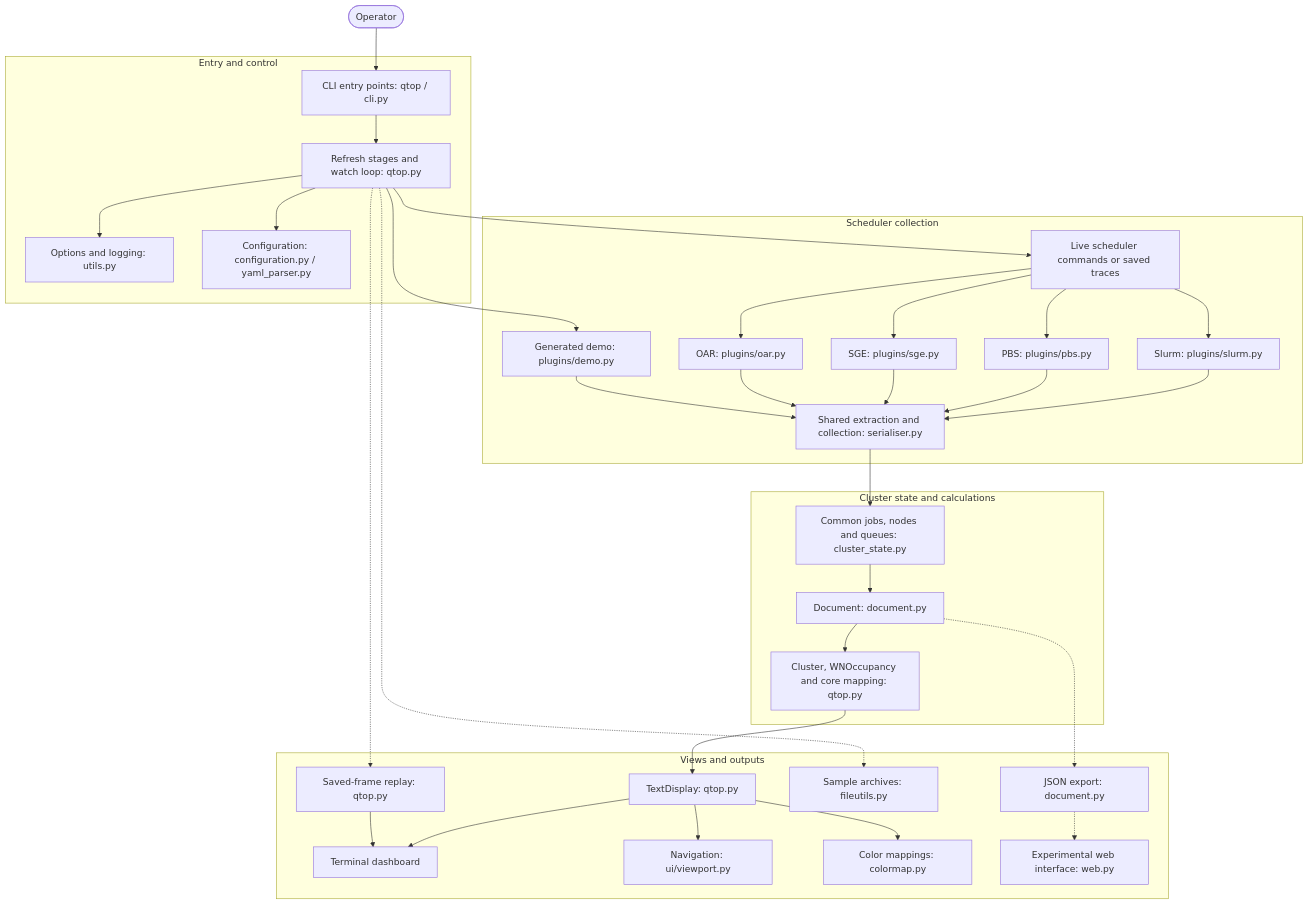
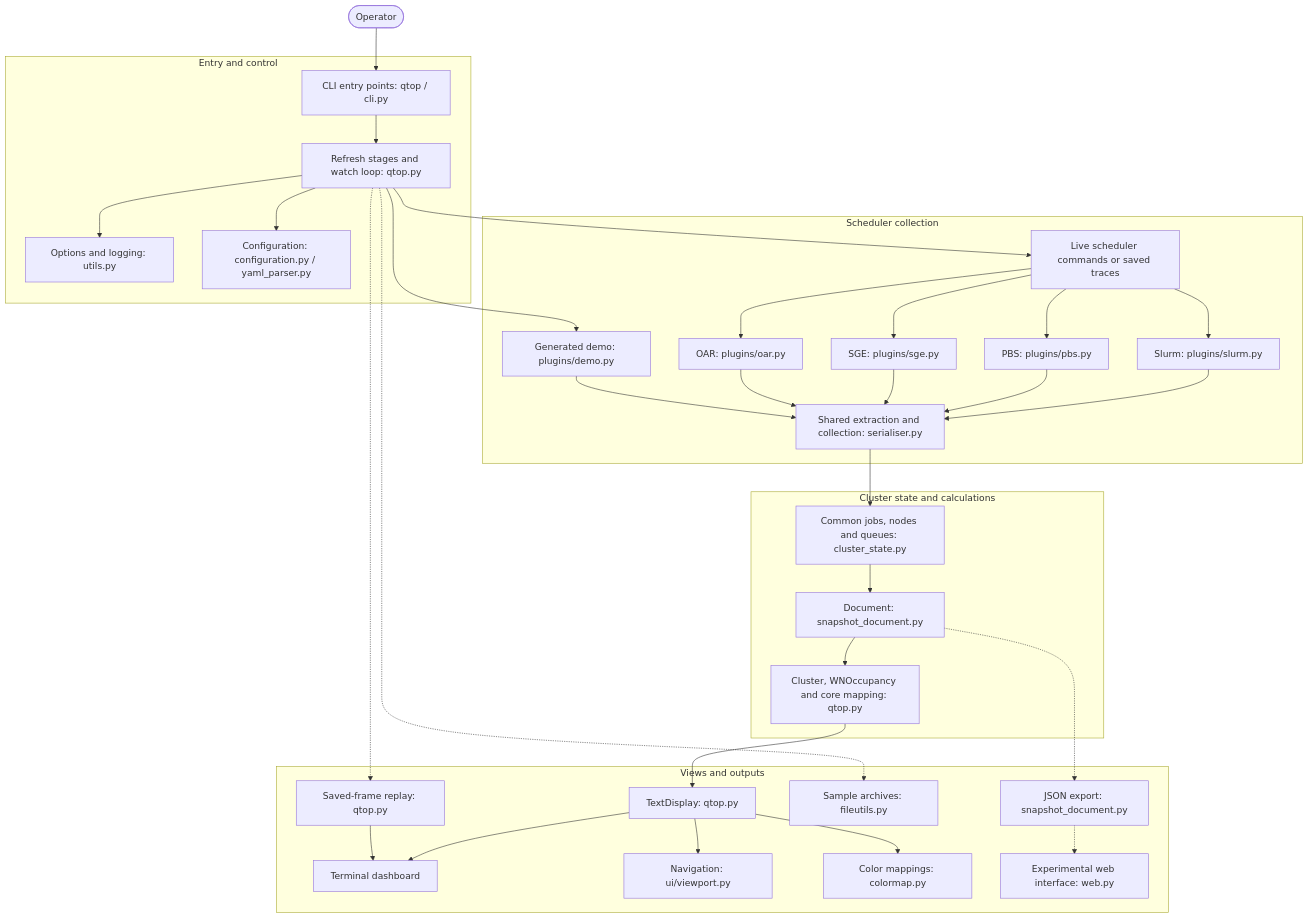
The diagram in docs/architecture.md (qtop/qtop), drawn with Mermaid before and after one commit. The commit also changed other lines of this file and 11 other files, not shown here.

````diff
--- a/docs/architecture.md
+++ b/docs/architecture.md
@@ -16,65 +16,65 @@
 ```mermaid
 flowchart TB
     operator([Operator])
 
     subgraph entry["Entry and control"]
         cli["CLI entry points: qtop / cli.py"]
         runtime["Refresh stages and watch loop: qtop.py"]
         options["Options and logging: utils.py"]
         config["Configuration: configuration.py / yaml_parser.py"]
         cli --> runtime
         runtime --> options
         runtime --> config
     end
     operator --> cli
 
     subgraph collection["Scheduler collection"]
         files["Live scheduler commands or saved traces"]
         slurm["Slurm: plugins/slurm.py"]
         pbs["PBS: plugins/pbs.py"]
         sge["SGE: plugins/sge.py"]
         oar["OAR: plugins/oar.py"]
         demo["Generated demo: plugins/demo.py"]
         shared["Shared extraction and collection: serialiser.py"]
         files --> slurm
         files --> pbs
         files --> sge
         files --> oar
         slurm --> shared
         pbs --> shared
         sge --> shared
         oar --> shared
         demo --> shared
     end
     runtime --> files
     runtime --> demo
 
     subgraph state["Cluster state and calculations"]
         model["Common jobs, nodes and queues: cluster_state.py"]
-        document["Document: document.py"]
+        document["Document: snapshot_document.py"]
         calculations["Cluster, WNOccupancy and core mapping: qtop.py"]
         model --> document
         document --> calculations
     end
     shared --> model
 
     subgraph outputs["Views and outputs"]
         render["TextDisplay: qtop.py"]
         terminal["Terminal dashboard"]
         viewport["Navigation: ui/viewport.py"]
         colors["Color mappings: colormap.py"]
-        json["JSON export: document.py"]
+        json["JSON export: snapshot_document.py"]
         capture["Sample archives: fileutils.py"]
         replay["Saved-frame replay: qtop.py"]
         web["Experimental web interface: web.py"]
         render --> terminal
         render --> viewport
         render --> colors
         json -.-> web
         replay --> terminal
     end
     calculations --> render
     document -.-> json
     runtime -.-> capture
     runtime -.-> replay
 ```
````
